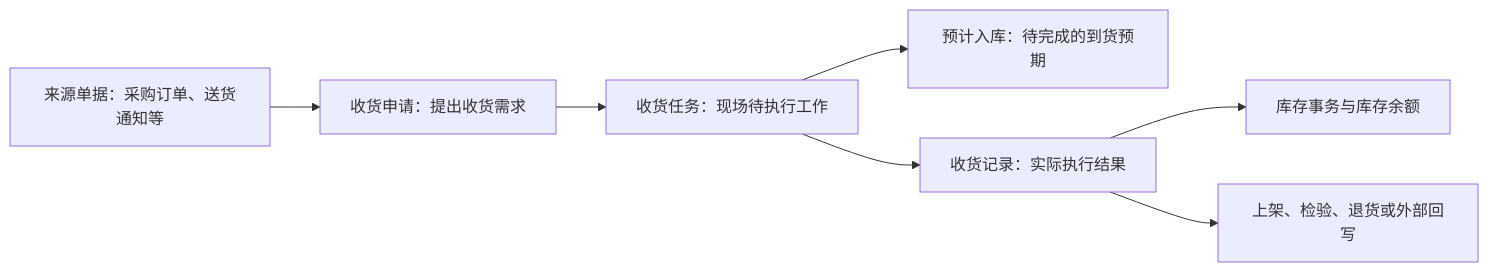
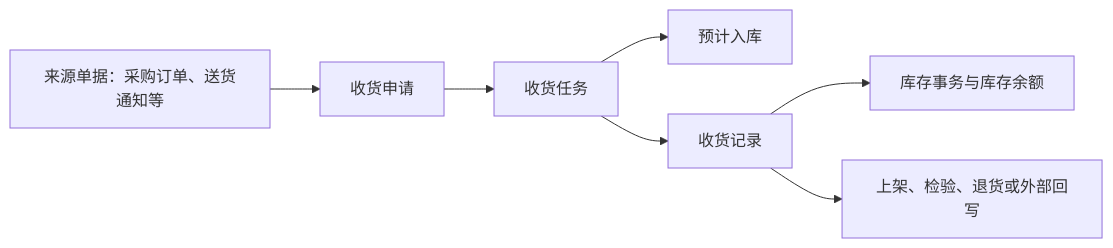
Before and after one commit to jiargcn/MomProductDocument: the diagram in docs/05-WMS-库房管理/03-采购收货/01-采购收货-维护与查询参考.md, drawn with Mermaid. The commit also changed other lines of this file and 9 other files, not shown here.

````diff
--- a/docs/05-WMS-库房管理/03-采购收货/01-采购收货-维护与查询参考.md
+++ b/docs/05-WMS-库房管理/03-采购收货/01-采购收货-维护与查询参考.md
@@ -109,9 +20,9 @@
 ```mermaid
 flowchart LR
-    A["来源单据：采购订单、送货通知等"] --> B["收货申请：提出收货需求"]
-    B --> C["收货任务：现场待执行工作"]
-    C --> D["预计入库：待完成的到货预期"]
-    C --> E["收货记录：实际执行结果"]
+    A["来源单据：采购订单、送货通知等"] --> B["收货申请"]
+    B --> C["收货任务"]
+    C --> D["预计入库"]
+    C --> E["收货记录"]
     E --> F["库存事务与库存余额"]
     E --> G["上架、检验、退货或外部回写"]
 ```
````
